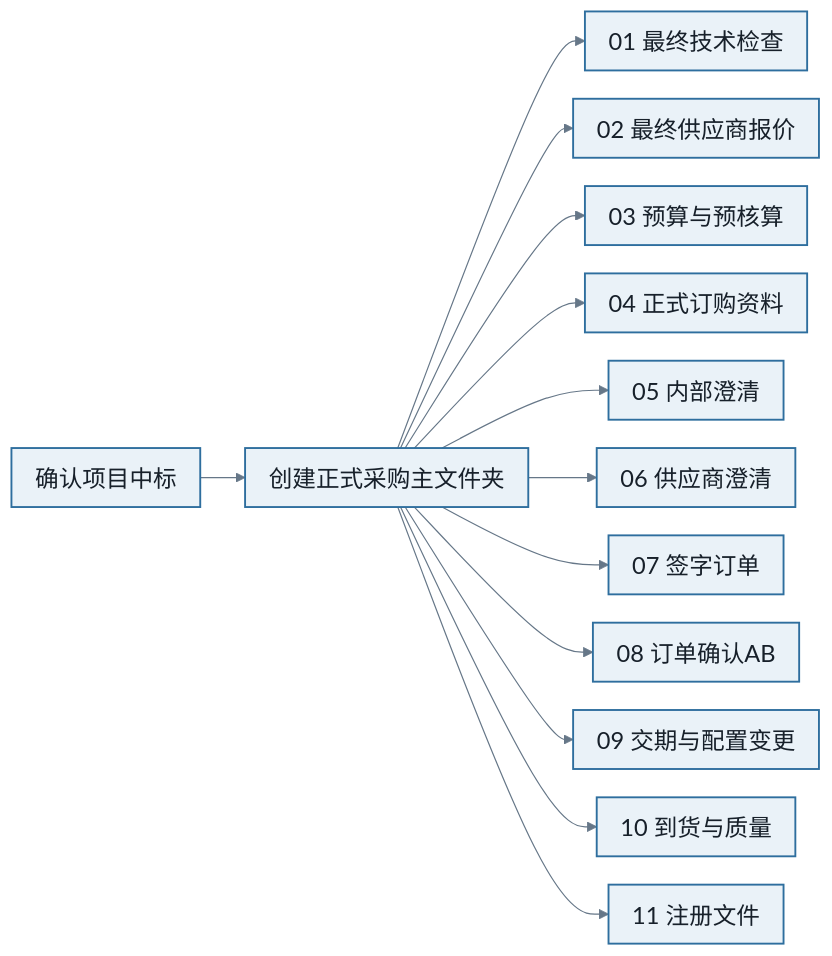
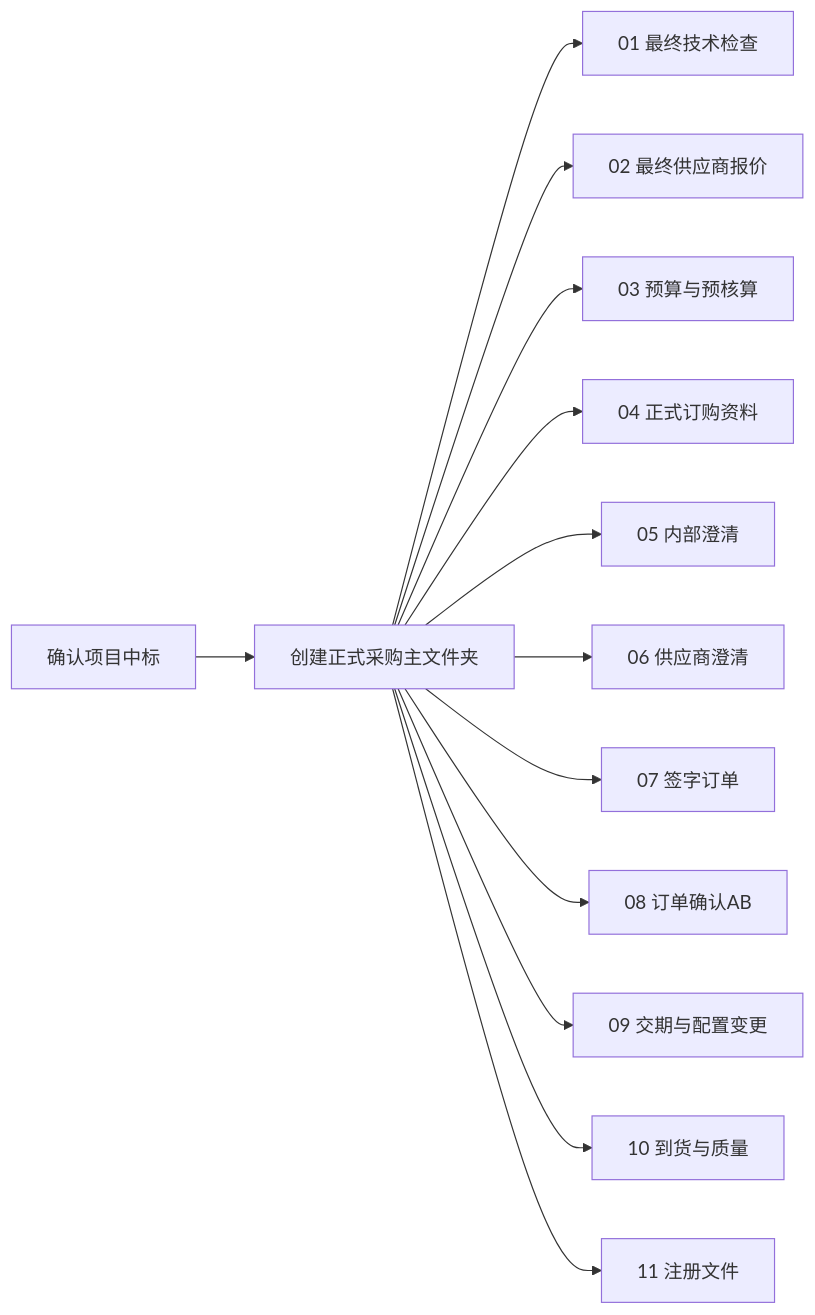
One commit to giengenbw/chassisprocess changed diagram 14 of 56 in README.md. Above: the diagram before and after it, drawn with Mermaid. The commit also changed other lines of this file, not shown here.

````diff
--- a/README.md
+++ b/README.md
@@ -500,20 +442,15 @@
 ```mermaid
-%%{init: {'theme':'base','flowchart':{'curve':'basis','nodeSpacing':24,'rankSpacing':38,'padding':10,'htmlLabels':true,'useMaxWidth':true},'themeVariables':{'fontFamily':'Microsoft YaHei, Noto Sans SC, Arial, sans-serif','fontSize':'20px','primaryColor':'#EAF2F8','primaryTextColor':'#17202A','primaryBorderColor':'#2E6E9E','lineColor':'#667788','secondaryColor':'#FFF4D6','tertiaryColor':'#E8F6F3','edgeLabelBackground':'#FFFFFF'}}}%%
-flowchart LR
+graph LR
     A["确认项目中标"] --> B["创建正式采购主文件夹"]
     B --> C["01 最终技术检查"]
     B --> D["02 最终供应商报价"]
     B --> E["03 预算与预核算"]
     B --> F["04 正式订购资料"]
     B --> G["05 内部澄清"]
     B --> H["06 供应商澄清"]
     B --> I["07 签字订单"]
     B --> J["08 订单确认AB"]
     B --> K["09 交期与配置变更"]
     B --> L["10 到货与质量"]
     B --> M["11 注册文件"]
-    classDef default fill:#EAF2F8,stroke:#2E6E9E,stroke-width:1.6px,color:#17202A,font-size:20px;
-    classDef decision fill:#FFF4D6,stroke:#B8860B,stroke-width:2px,color:#4A3A00,font-size:20px;
-    classDef exception fill:#FCE8E6,stroke:#B3261E,stroke-width:2px,color:#6A1B16,font-size:20px;
-    classDef outcome fill:#E8F6F3,stroke:#16836B,stroke-width:2px,color:#0B5345,font-size:20px;
 ```
````
